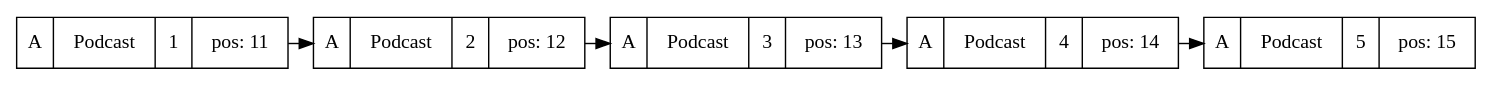
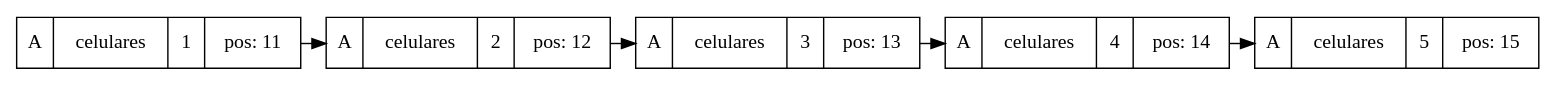
Before and after one commit to Pdante1897/EDD_VirtualMall_201700945: the diagram in src/Graphviz/files/lista3.dot, drawn with Graphviz. The commit also changed 33 other files, not shown here.

```diff
--- a/src/Graphviz/files/lista3.dot
+++ b/src/Graphviz/files/lista3.dot
@@ -1,14 +1,14 @@
 digraph G{
 node[shape="box" shape="record"]
 graph[splines="ortho"]
-node10[label="A|Podcast|1|pos: 11"];
+node10[label="A|celulares|1|pos: 11"];
 node10->node11;
-node11[label="A|Podcast|2|pos: 12"];
+node11[label="A|celulares|2|pos: 12"];
 node11->node12;
-node12[label="A|Podcast|3|pos: 13"];
+node12[label="A|celulares|3|pos: 13"];
 node12->node13;
-node13[label="A|Podcast|4|pos: 14"];
+node13[label="A|celulares|4|pos: 14"];
 node13->node14;
-node14[label="A|Podcast|5|pos: 15"];
+node14[label="A|celulares|5|pos: 15"];
 {rank="same"; node10; node11; node12; node13; node14}
 }
```
